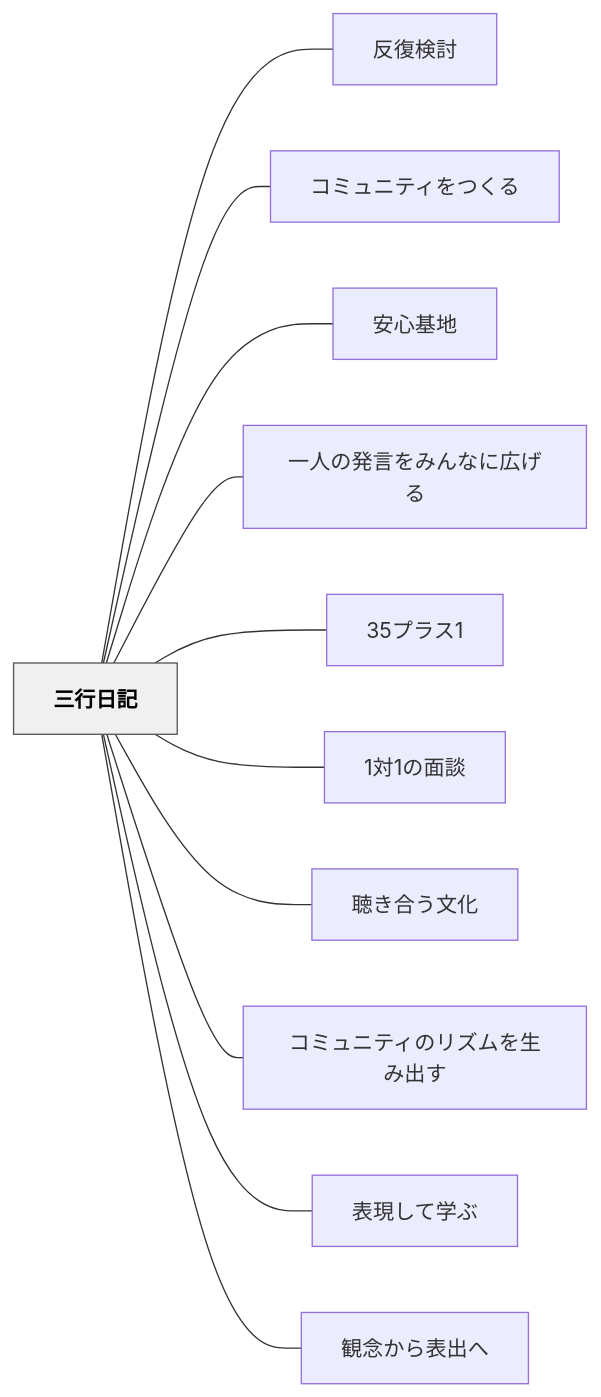
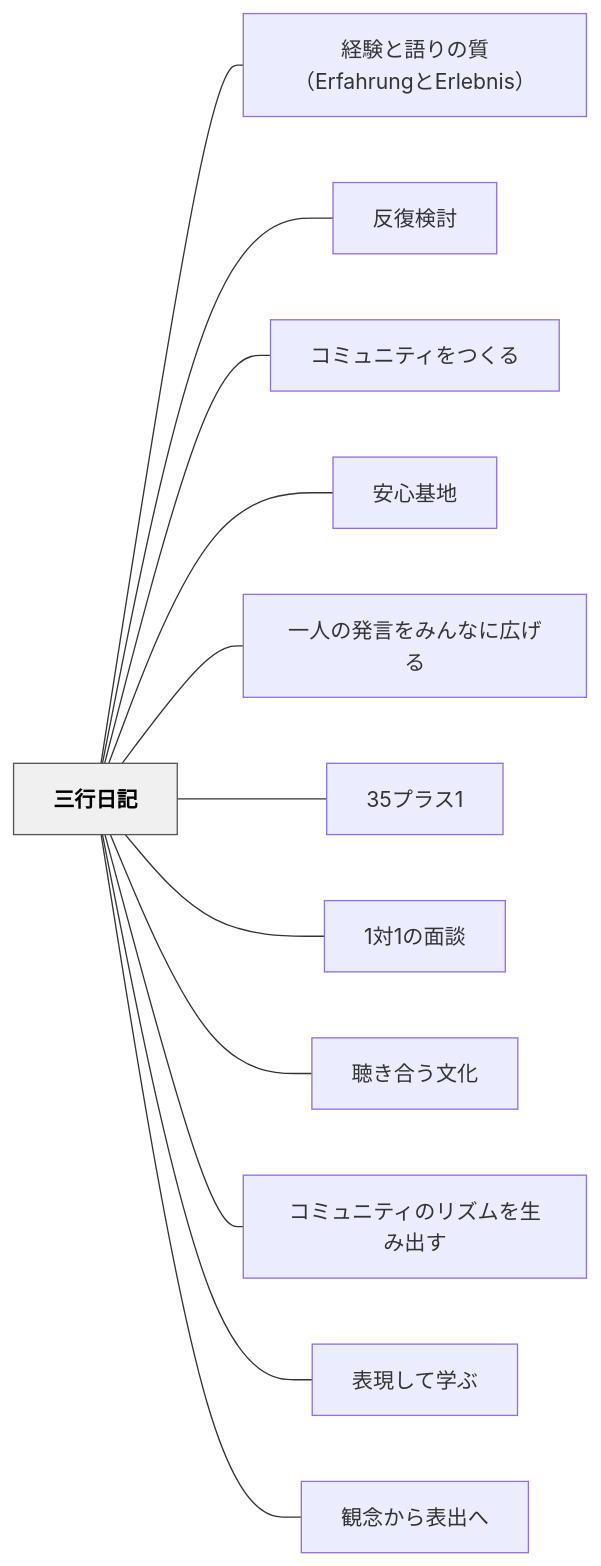
Before and after one commit to unknownthings-ed-patterns/unknownthings-ed-patterns: the diagram in content/パタン/三行日記.md, drawn with Mermaid. The commit also changed other lines of this file and 185 other files, not shown here.

````diff
--- a/content/パタン/三行日記.md
+++ b/content/パタン/三行日記.md
@@ -80,28 +80,30 @@
 ```mermaid
 flowchart LR
     ne4b889e8a18ce697a5e8a898["三行日記"]
+    ne7b58ce9a893e381a8e8aa9ee3828ae381aee8b3aaefbc88457266616872756e67e381a845726c65626e6973efbc89["経験と語りの質（ErfahrungとErlebnis）"]
     ne58f8de5bea9e6a49ce8a88e["反復検討"]
     ne382b3e3839fe383a5e3838be38386e382a3e38292e381a4e3818fe3828b["コミュニティをつくる"]
     ne5ae89e5bf83e59fbae59cb0["安心基地"]
     ne4b880e4babae381aee799bae8a880e38292e381bfe38293e381aae381abe5ba83e38192e3828b["一人の発言をみんなに広げる"]
     n3335e38397e383a9e382b931["35プラス1"]
     n31e5afbe31e381aee99da2e8ab87["1対1の面談"]
     ne881b4e3818de59088e38186e69687e58c96["聴き合う文化"]
     ne382b3e3839fe383a5e3838be38386e382a3e381aee383aae382bae383a0e38292e7949fe381bfe587bae38199["コミュニティのリズムを生み出す"]
     ne8a1a8e78fbee38197e381a6e5ada6e381b6["表現して学ぶ"]
     ne8a6b3e5bfb5e3818be38289e8a1a8e587bae381b8["観念から表出へ"]
 
+    ne4b889e8a18ce697a5e8a898 --- ne7b58ce9a893e381a8e8aa9ee3828ae381aee8b3aaefbc88457266616872756e67e381a845726c65626e6973efbc89
     ne4b889e8a18ce697a5e8a898 --- ne58f8de5bea9e6a49ce8a88e
     ne4b889e8a18ce697a5e8a898 --- ne382b3e3839fe383a5e3838be38386e382a3e38292e381a4e3818fe3828b
     ne4b889e8a18ce697a5e8a898 --- ne5ae89e5bf83e59fbae59cb0
     ne4b889e8a18ce697a5e8a898 --- ne4b880e4babae381aee799bae8a880e38292e381bfe38293e381aae381abe5ba83e38192e3828b
     ne4b889e8a18ce697a5e8a898 --- n3335e38397e383a9e382b931
     ne4b889e8a18ce697a5e8a898 --- n31e5afbe31e381aee99da2e8ab87
     ne4b889e8a18ce697a5e8a898 --- ne881b4e3818de59088e38186e69687e58c96
     ne4b889e8a18ce697a5e8a898 --- ne382b3e3839fe383a5e3838be38386e382a3e381aee383aae382bae383a0e38292e7949fe381bfe587bae38199
     ne4b889e8a18ce697a5e8a898 --- ne8a1a8e78fbee38197e381a6e5ada6e381b6
     ne4b889e8a18ce697a5e8a898 --- ne8a6b3e5bfb5e3818be38289e8a1a8e587bae381b8
 
     classDef hub fill:#f0f0f0,stroke:#555,color:#000,font-weight:bold
     class ne4b889e8a18ce697a5e8a898 hub
 ```
````
